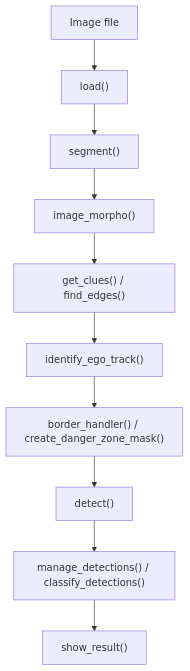
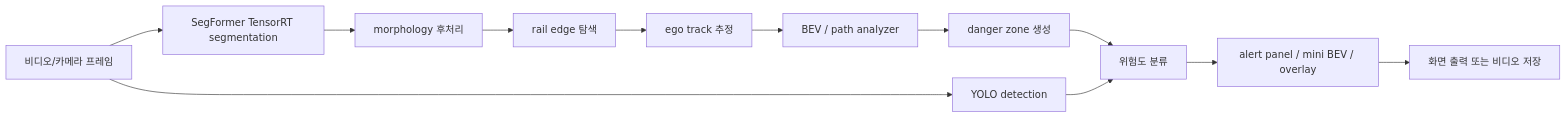
One commit to TodFrog/RailSafeNet_LiDAR changed the second of 2 diagrams in docs/design/SW_ARCHITECTURE.md. Above: the diagram before and after it, drawn with Mermaid. The commit also changed other lines of this file and 83 other files, not shown here.

````diff
--- a/docs/design/SW_ARCHITECTURE.md
+++ b/docs/design/SW_ARCHITECTURE.md
@@ -95,12 +60,14 @@
 ```mermaid
-flowchart TD
-    A["Image file"] --> B["load()"]
-    B --> C["segment()"]
-    C --> D["image_morpho()"]
-    D --> E["get_clues() / find_edges()"]
-    E --> F["identify_ego_track()"]
-    F --> G["border_handler() / create_danger_zone_mask()"]
-    G --> H["detect()"]
-    H --> I["manage_detections() / classify_detections()"]
-    I --> J["show_result()"]
+flowchart LR
+    A["비디오/카메라 프레임"] --> B["SegFormer TensorRT segmentation"]
+    B --> C["morphology 후처리"]
+    C --> D["rail edge 탐색"]
+    D --> E["ego track 추정"]
+    E --> F["BEV / path analyzer"]
+    F --> G["danger zone 생성"]
+    A --> H["YOLO detection"]
+    G --> I["위험도 분류"]
+    H --> I
+    I --> J["alert panel / mini BEV / overlay"]
+    J --> K["화면 출력 또는 비디오 저장"]
 ```
````
